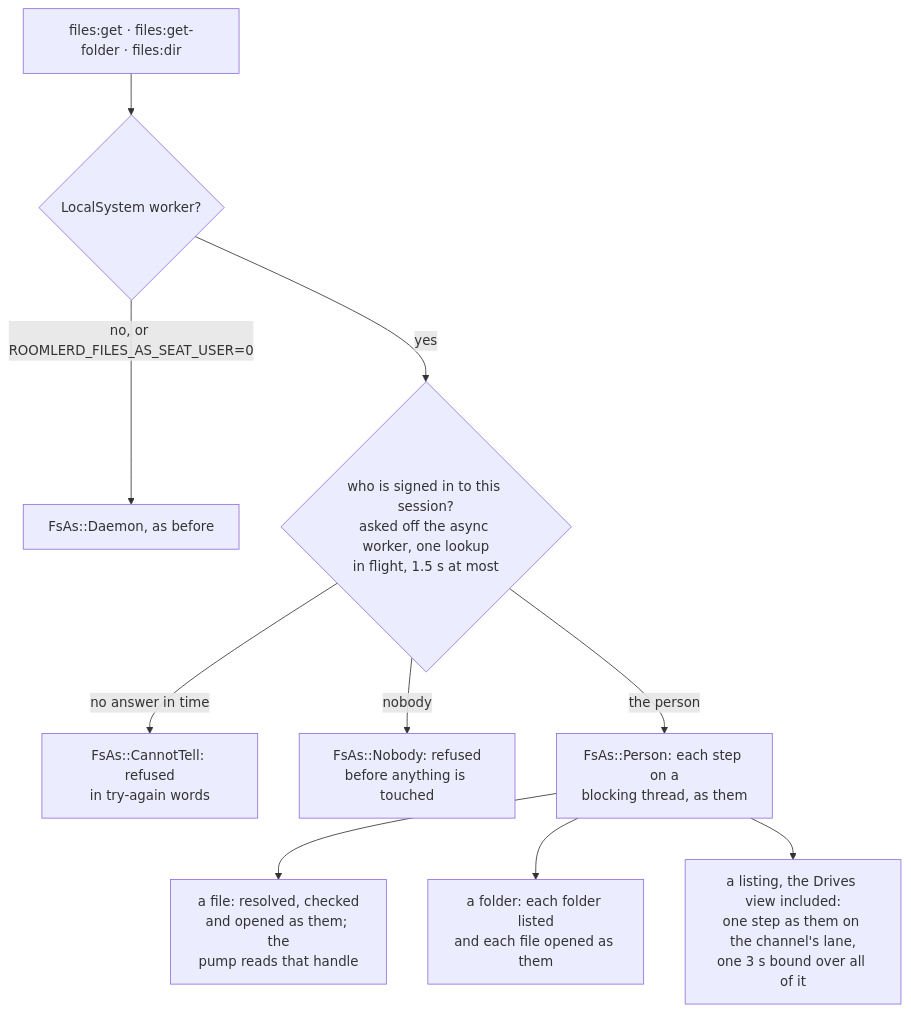
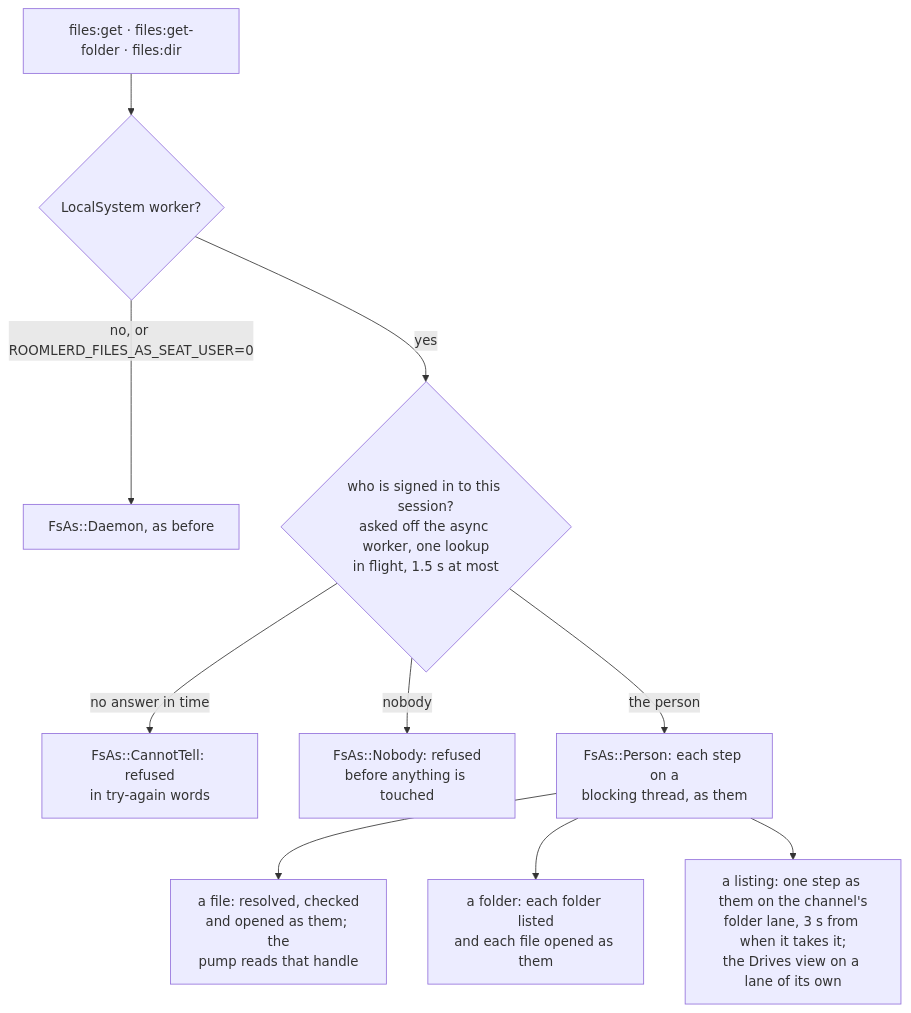
The tenth of 43 diagrams in docs/desktop-companion.md (gjovanov/roomler-ai), drawn with Mermaid before and after one commit. The commit also changed other lines of this file and 4 other files, not shown here.

First line of the commit message:
docs(files): a listing's bounds, its answer's race and the Drives view's lane; anchors moved

````diff
--- a/docs/desktop-companion.md
+++ b/docs/desktop-companion.md
@@ -845,12 +845,12 @@
 ```mermaid
 flowchart TD
     R["files:get · files:get-folder · files:dir"] --> L{"LocalSystem worker?"}
     L -- "no, or ROOMLERD_FILES_AS_SEAT_USER=0" --> D["FsAs::Daemon, as before"]
     L -- "yes" --> S{"who is signed in to this session?<br/>asked off the async worker, one lookup<br/>in flight, 1.5 s at most"}
     S -- "no answer in time" --> C["FsAs::CannotTell: refused<br/>in try-again words"]
     S -- "nobody" --> N["FsAs::Nobody: refused<br/>before anything is touched"]
     S -- "the person" --> P["FsAs::Person: each step on a<br/>blocking thread, as them"]
     P --> F["a file: resolved, checked<br/>and opened as them; the<br/>pump reads that handle"]
     P --> Z["a folder: each folder listed<br/>and each file opened as them"]
-    P --> G["a listing, the Drives view included:<br/>one step as them on the channel's lane,<br/>one 3 s bound over all of it"]
+    P --> G["a listing: one step as them on the channel's<br/>folder lane, 3 s from when it takes it;<br/>the Drives view on a lane of its own"]
 ```
````
